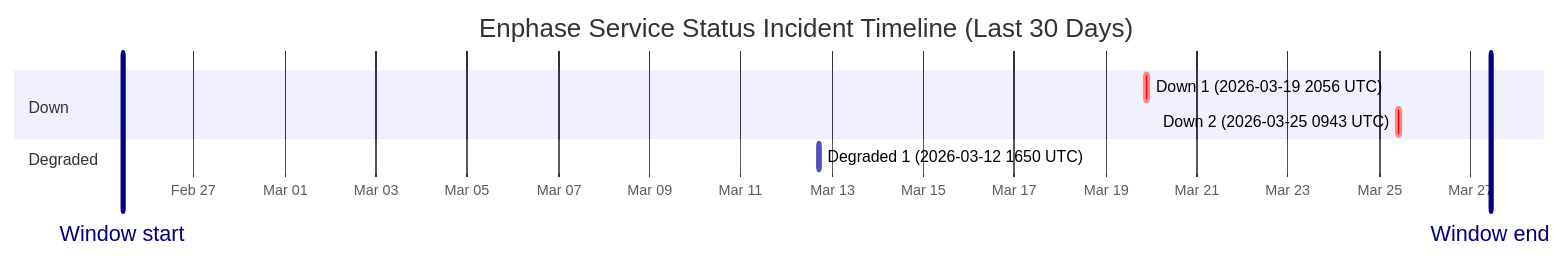
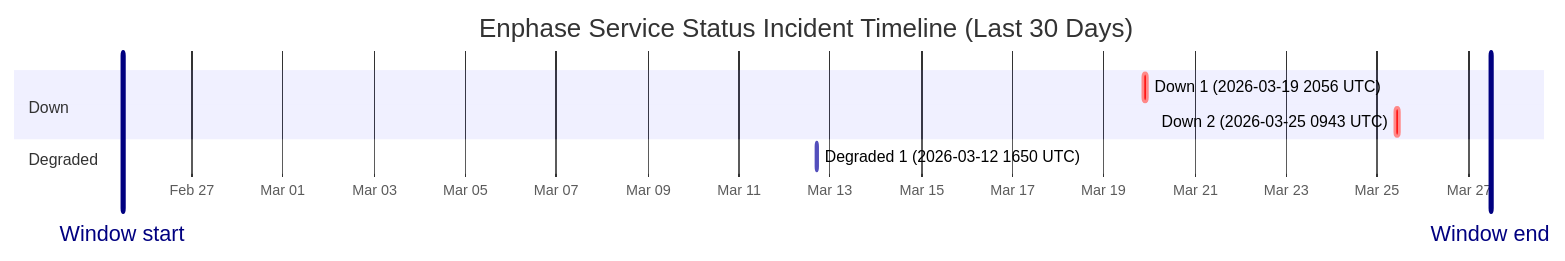
The diagram in wiki/Service-Status-History.md (barneyonline/ha-enphase-ev-charger), drawn with Mermaid before and after one commit. The commit also changed other lines of this file and 3 other files, not shown here.

````diff
--- a/wiki/Service-Status-History.md
+++ b/wiki/Service-Status-History.md
@@ -14,13 +14,13 @@
 ```mermaid
 gantt
     title Enphase Service Status Incident Timeline (Last 30 Days)
     dateFormat  YYYY-MM-DDTHH:mm:ss
     axisFormat  %b %d
-    Window start :vert, window-start, 2026-02-25T10:38:36, 0ms
-    Window end :vert, window-end, 2026-03-27T10:38:36, 0ms
+    Window start :vert, window-start, 2026-02-25T11:35:08, 0ms
+    Window end :vert, window-end, 2026-03-27T11:35:08, 0ms
     section Down
     Down 1 (2026-03-19 2056 UTC) :crit, down-1, 2026-03-19T20:56:20, 145m
     Down 2 (2026-03-25 0943 UTC) :crit, down-2, 2026-03-25T09:43:28, 111m
     section Degraded
     Degraded 1 (2026-03-12 1650 UTC) :active, degraded-1, 2026-03-12T16:50:43, 60m
 ```
````
